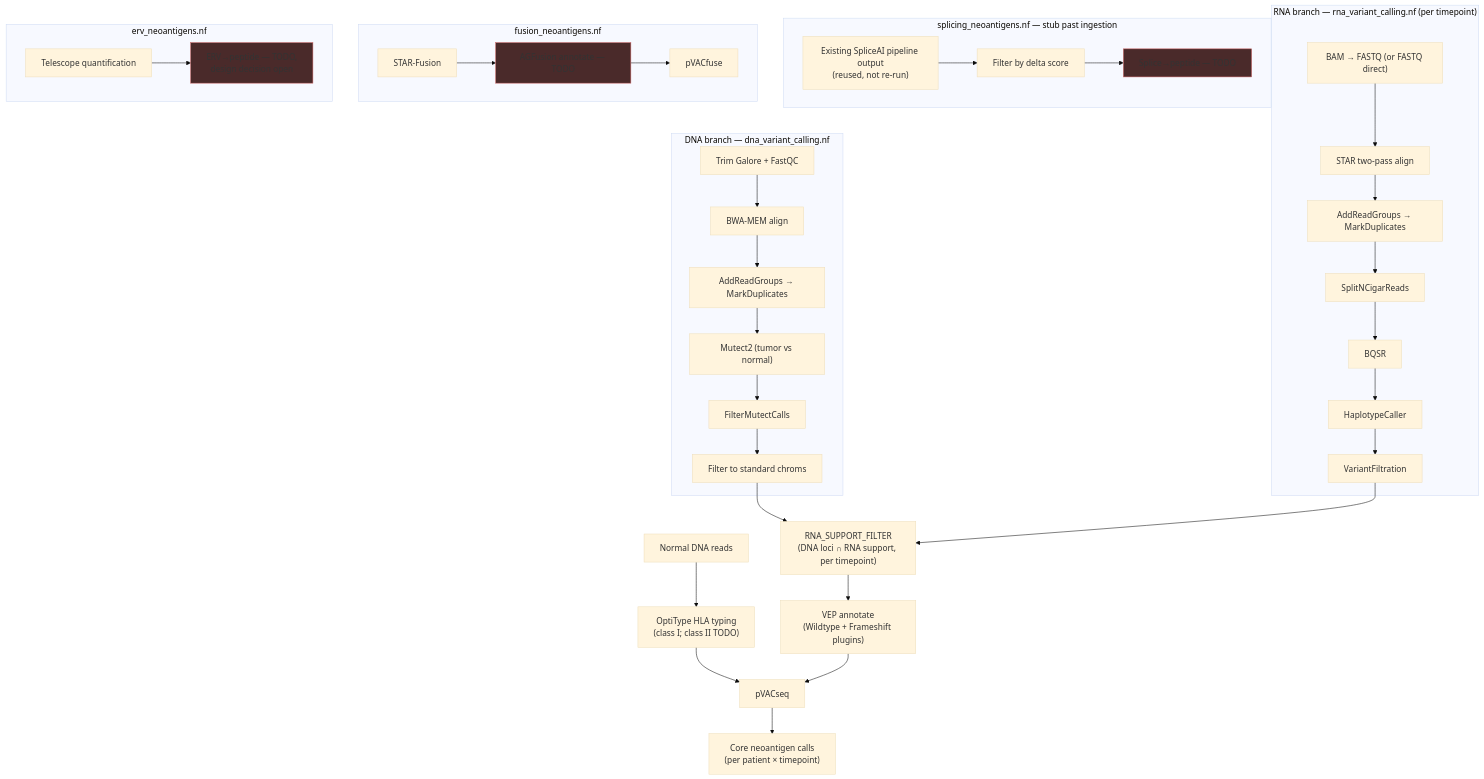
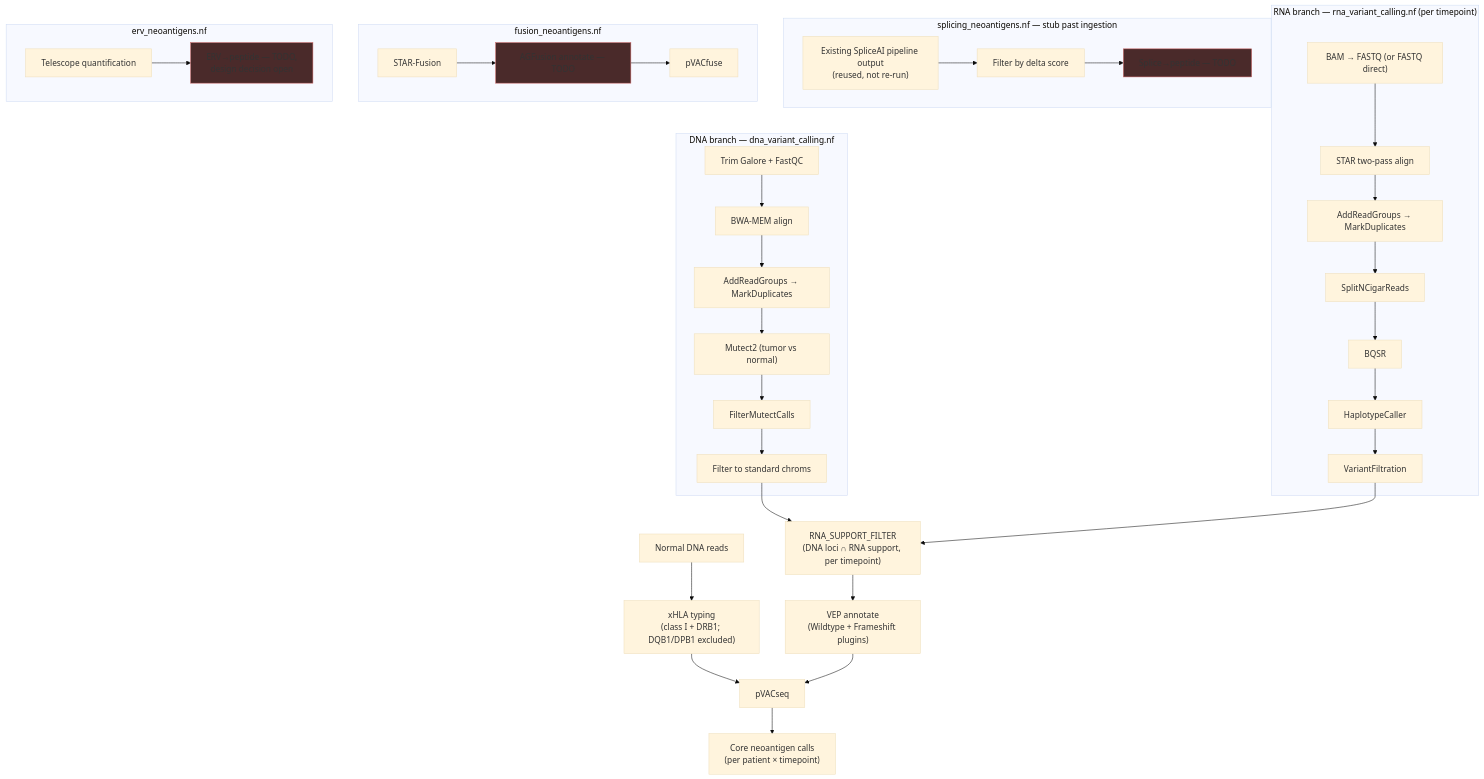
One commit to JaydenBeckwith/NeoadjVax changed the diagram in docs/ARCHITECTURE.md. Above: the diagram before and after it, drawn with Mermaid (base theme). The commit also changed other lines of this file and 13 other files, not shown here.

````diff
--- a/docs/ARCHITECTURE.md
+++ b/docs/ARCHITECTURE.md
@@ -39,45 +43,45 @@
 ```mermaid
 flowchart TB
     subgraph DNA["DNA branch — dna_variant_calling.nf"]
         d1["Trim Galore + FastQC"] --> d2["BWA-MEM align"]
         d2 --> d3["AddReadGroups → MarkDuplicates"]
         d3 --> d4["Mutect2 (tumor vs normal)"]
         d4 --> d5["FilterMutectCalls"]
         d5 --> d6["Filter to standard chroms"]
     end
 
     subgraph RNA["RNA branch — rna_variant_calling.nf (per timepoint)"]
         r1["BAM → FASTQ (or FASTQ direct)"] --> r2["STAR two-pass align"]
         r2 --> r3["AddReadGroups → MarkDuplicates"]
         r3 --> r4["SplitNCigarReads"]
         r4 --> r5["BQSR"]
         r5 --> r6["HaplotypeCaller"]
         r6 --> r7["VariantFiltration"]
     end
 
     d6 --> match["RNA_SUPPORT_FILTER<br/>(DNA loci ∩ RNA support, per timepoint)"]
     r7 --> match
     match --> vep["VEP annotate<br/>(Wildtype + Frameshift plugins)"]
-    normalbam["Normal DNA reads"] --> hla["OptiType HLA typing<br/>(class I; class II TODO)"]
+    normalbam["Normal DNA reads"] --> hla["xHLA typing<br/>(class I + DRB1; DQB1/DPB1 excluded)"]
     hla --> pvacseq["pVACseq"]
     vep --> pvacseq
     pvacseq --> core["Core neoantigen calls<br/>(per patient × timepoint)"]
 
     subgraph SPLICE["splicing_neoantigens.nf — stub past ingestion"]
         s1["Existing SpliceAI pipeline output<br/>(reused, not re-run)"] --> s2["Filter by delta score"]
         s2 --> s3["Splice→peptide — TODO"]
     end
 
     subgraph FUSION["fusion_neoantigens.nf"]
         f1["STAR-Fusion"] --> f2["AGFusion annotate — TODO"]
         f2 --> f3["pVACfuse"]
     end
 
     subgraph ERV["erv_neoantigens.nf"]
         e1["Telescope quantification"] --> e2["ERV→peptide — TODO,<br/>design decision open"]
     end
 
     style s3 fill:#4a2a2a,stroke:#c66
     style e2 fill:#4a2a2a,stroke:#c66
     style f2 fill:#4a2a2a,stroke:#c66
 ```
````
